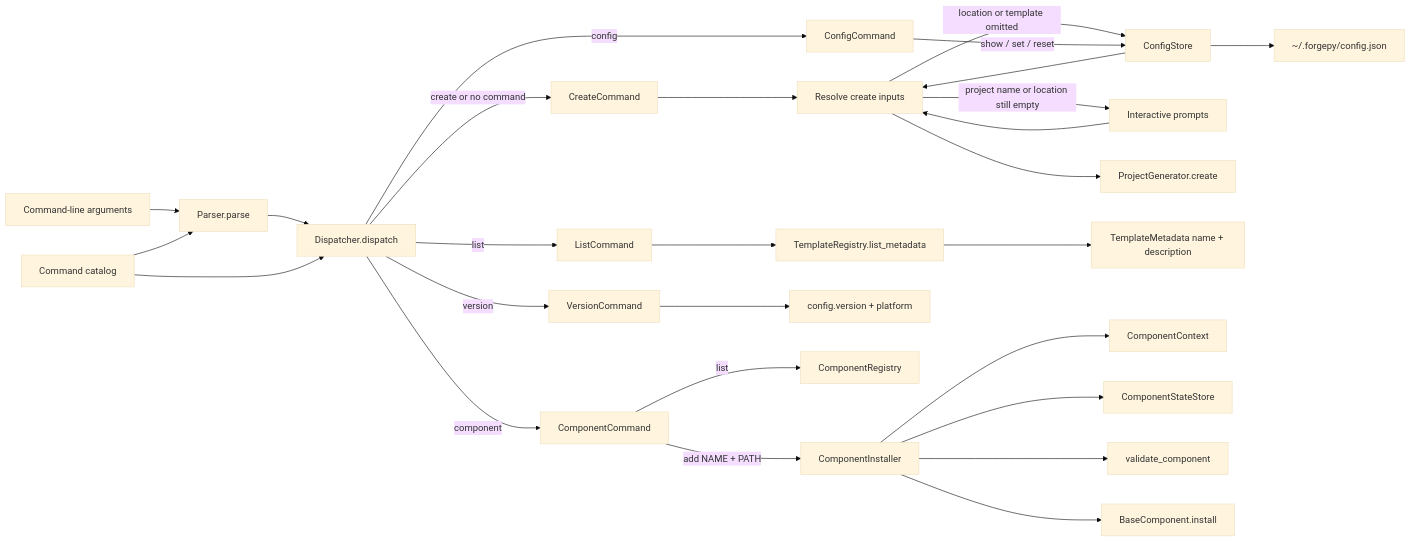
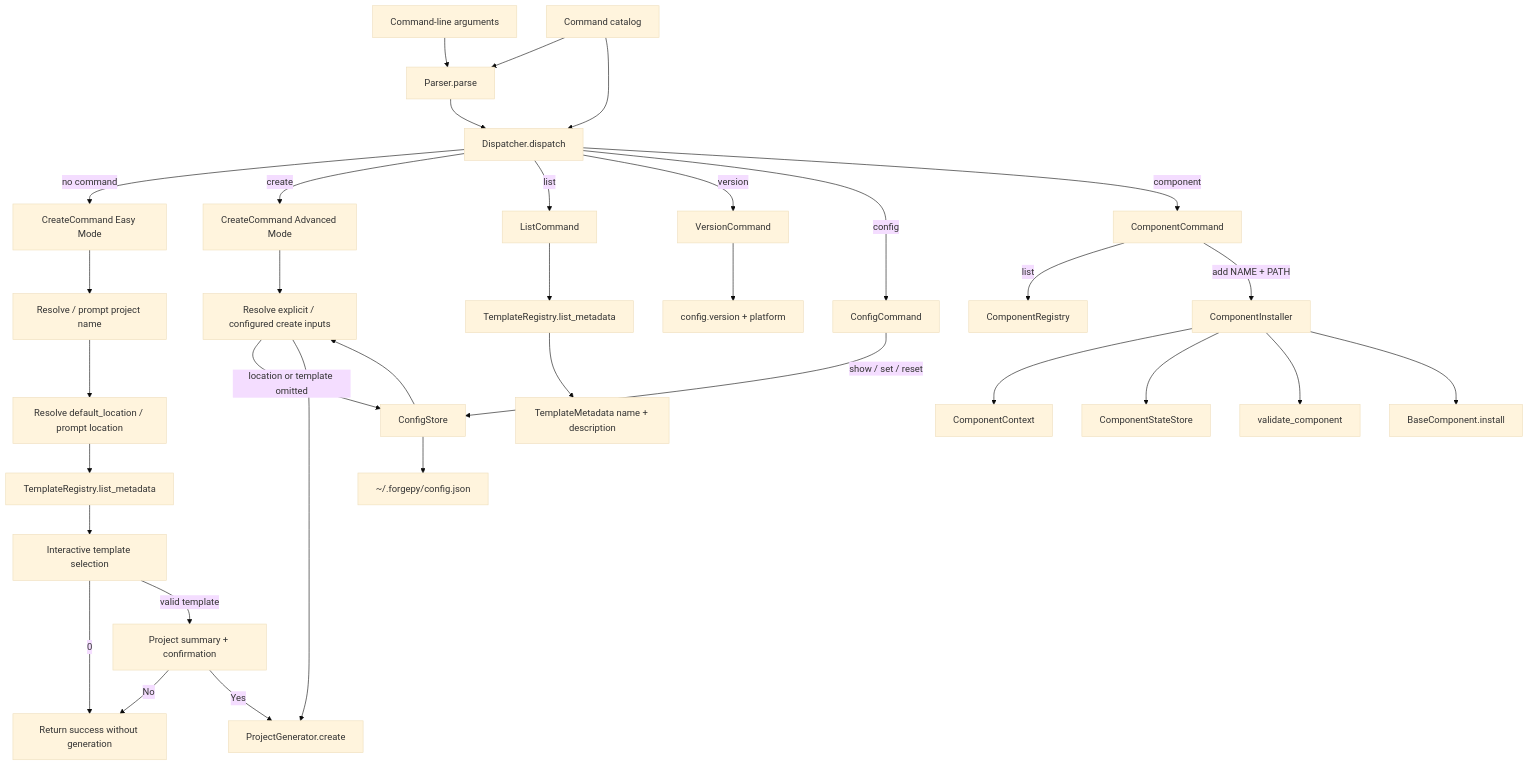
One commit to rzou89/ForgePy changed the third of 4 diagrams in ARCHITECTURE.md. Above: the diagram before and after it, drawn with Mermaid (base theme). The commit also changed other lines of this file and 5 other files, not shown here.

````diff
--- a/ARCHITECTURE.md
+++ b/ARCHITECTURE.md
@@ -417,29 +423,41 @@
 ```mermaid
-flowchart LR
+flowchart TD
     Args[Command-line arguments] --> Parse[Parser.parse]
     Catalog[Command catalog] --> Parse
     Parse --> Dispatch[Dispatcher.dispatch]
     Catalog --> Dispatch
-    Dispatch -->|create or no command| Create[CreateCommand]
+
+    Dispatch -->|no command| Easy[CreateCommand Easy Mode]
+    Dispatch -->|create| Advanced[CreateCommand Advanced Mode]
     Dispatch -->|list| List[ListCommand]
     Dispatch -->|version| Version[VersionCommand]
     Dispatch -->|config| Config[ConfigCommand]
     Dispatch -->|component| Component[ComponentCommand]
-    Create --> Resolve[Resolve create inputs]
-    Resolve -->|location or template omitted| Store[ConfigStore]
-    Store --> Resolve
-    Resolve -->|project name or location still empty| Prompt[Interactive prompts]
-    Prompt --> Resolve
-    Resolve --> Generator[ProjectGenerator.create]
+
+    Easy --> EasyName[Resolve / prompt project name]
+    EasyName --> EasyLocation[Resolve default_location / prompt location]
+    EasyLocation --> TemplateCatalog[TemplateRegistry.list_metadata]
+    TemplateCatalog --> Wizard[Interactive template selection]
+    Wizard -->|0| Cancel[Return success without generation]
+    Wizard -->|valid template| Confirm[Project summary + confirmation]
+    Confirm -->|No| Cancel
+    Confirm -->|Yes| Generator[ProjectGenerator.create]
+
+    Advanced --> ResolveAdvanced[Resolve explicit / configured create inputs]
+    ResolveAdvanced -->|location or template omitted| Store[ConfigStore]
+    Store --> ResolveAdvanced
+    ResolveAdvanced --> Generator
+
     List --> Registry[TemplateRegistry.list_metadata]
     Registry --> TemplateInfo[TemplateMetadata name + description]
     Version --> Metadata[config.version + platform]
-    Config -->|show / set / reset| Store[ConfigStore]
+    Config -->|show / set / reset| Store
     Store --> UserFile[~/.forgepy/config.json]
+
     Component -->|list| ComponentRegistry[ComponentRegistry]
     Component -->|add NAME + PATH| Installer[ComponentInstaller]
     Installer --> ComponentContext[ComponentContext]
     Installer --> ComponentState[ComponentStateStore]
     Installer --> ComponentValidation[validate_component]
     Installer --> Install[BaseComponent.install]
 ```
````
